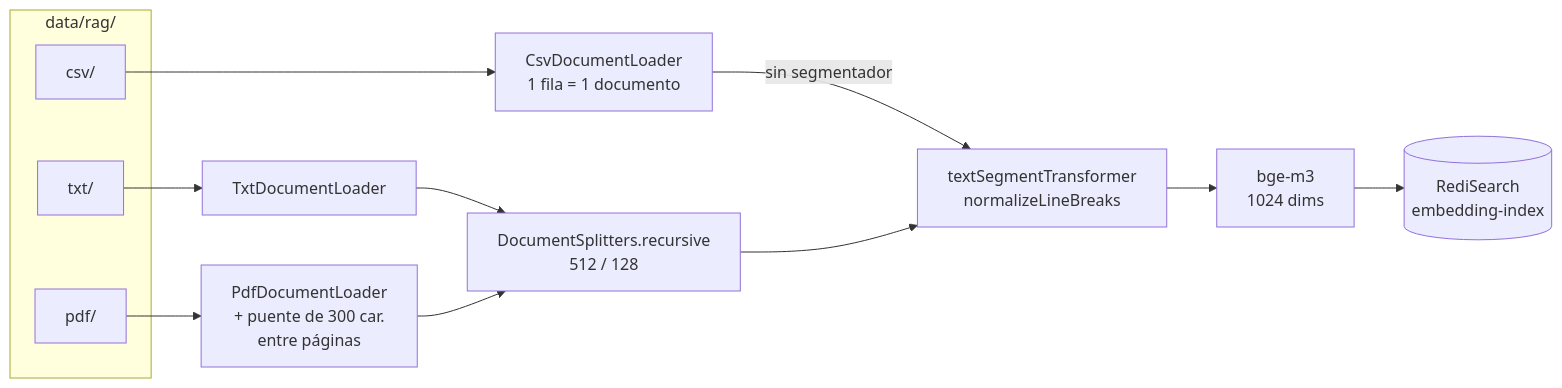
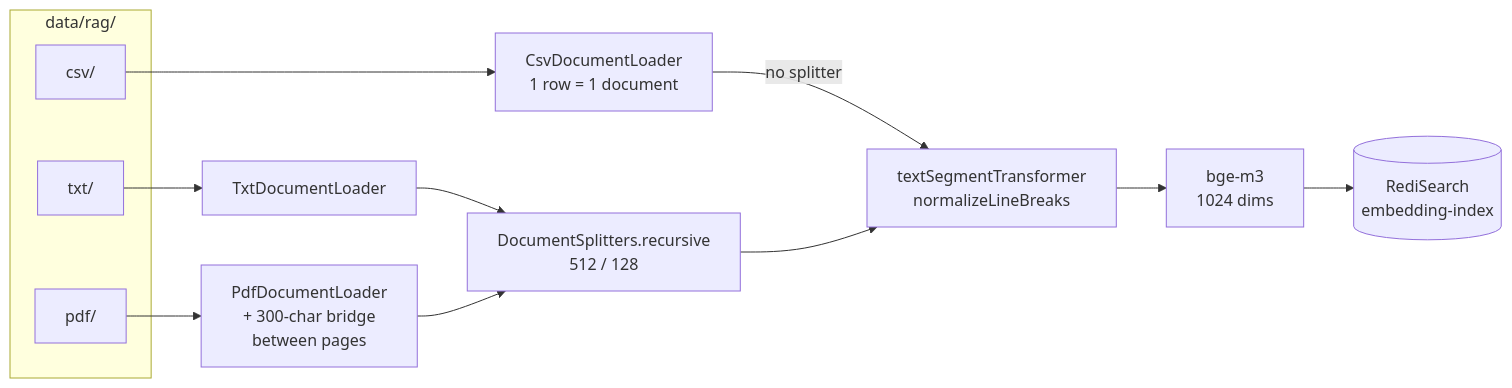
The second of 2 diagrams in README.md (Pisonero22/RAG-System-Final-Degree-Project), drawn with Mermaid before and after one commit. The commit also changed other lines of this file and 1 other file, not shown here.

Commit message:
docs: write project README with benchmark and architecture

````diff
--- a/README.md
+++ b/README.md
@@ -38,18 +191,18 @@
 ```mermaid
 flowchart LR
     subgraph Corpus["data/rag/"]
         CSV[csv/]
         TXT[txt/]
         PDF[pdf/]
     end
-    CSV --> CL["CsvDocumentLoader<br/>1 fila = 1 documento"]
+    CSV --> CL["CsvDocumentLoader<br/>1 row = 1 document"]
     TXT --> TL[TxtDocumentLoader]
-    PDF --> PL["PdfDocumentLoader<br/>+ puente de 300 car.<br/>entre páginas"]
+    PDF --> PL["PdfDocumentLoader<br/>+ 300-char bridge<br/>between pages"]
 
-    CL -->|sin segmentador| ING
+    CL -->|no splitter| ING
     TL --> SP["DocumentSplitters.recursive<br/>512 / 128"]
     PL --> SP
     SP --> ING["textSegmentTransformer<br/>normalizeLineBreaks"]
     ING --> EM["bge-m3<br/>1024 dims"]
     EM --> RS[("RediSearch<br/>embedding-index")]
 ```
````
